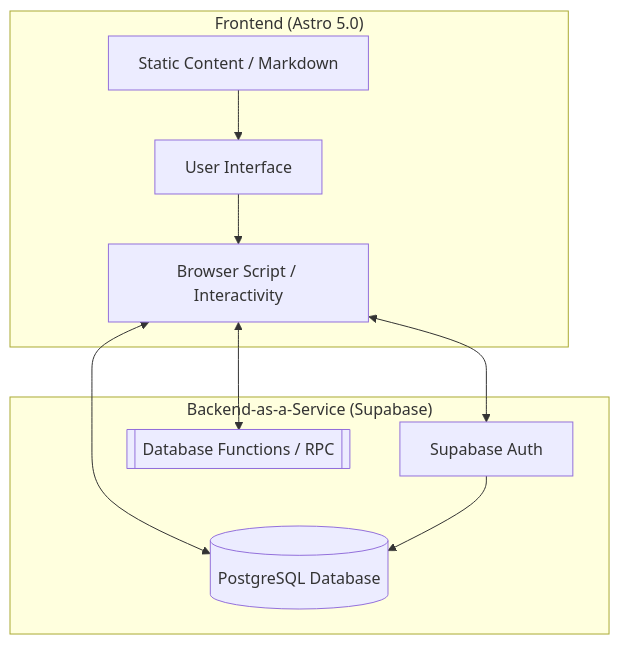
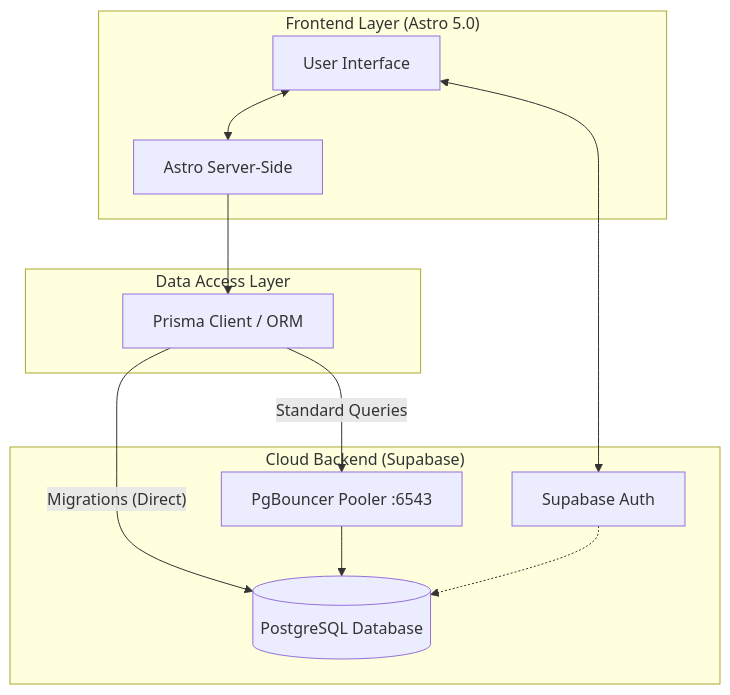
One commit to Devsebastian44/DevBlog changed the diagram in README.md. Above: the diagram before and after it, drawn with Mermaid. The commit also changed 1 other file, not shown here.

Commit message:
Version 1

````diff
--- a/README.md
+++ b/README.md
@@ -28,21 +28,25 @@
 ```mermaid
 graph TD
-    subgraph "Frontend (Astro 5.0)"
+    subgraph "Frontend Layer (Astro 5.0)"
         UI[User Interface]
-        Static[Static Content / Markdown]
-        Logic[Browser Script / Interactivity]
+        Server[Astro Server-Side]
     end
 
-    subgraph "Backend-as-a-Service (Supabase)"
-        Auth[Supabase Auth]
-        DB[(PostgreSQL Database)]
-        RPC[[Database Functions / RPC]]
+    subgraph "Data Access Layer"
+        Prisma[Prisma Client / ORM]
     end
 
-    UI --> Logic
-    Static --> UI
-    Logic <--> Auth
-    Logic <--> DB
-    Logic <--> RPC
-    Auth --> DB
+    subgraph "Cloud Backend (Supabase)"
+        Pooler[PgBouncer Pooler :6543]
+        DB[(PostgreSQL Database)]
+        Auth[Supabase Auth]
+    end
+
+    UI <--> Server
+    Server --> Prisma
+    Prisma -- "Standard Queries" --> Pooler
+    Prisma -- "Migrations (Direct)" --> DB
+    Pooler --> DB
+    UI <--> Auth
+    Auth -.-> DB
 ```
````
